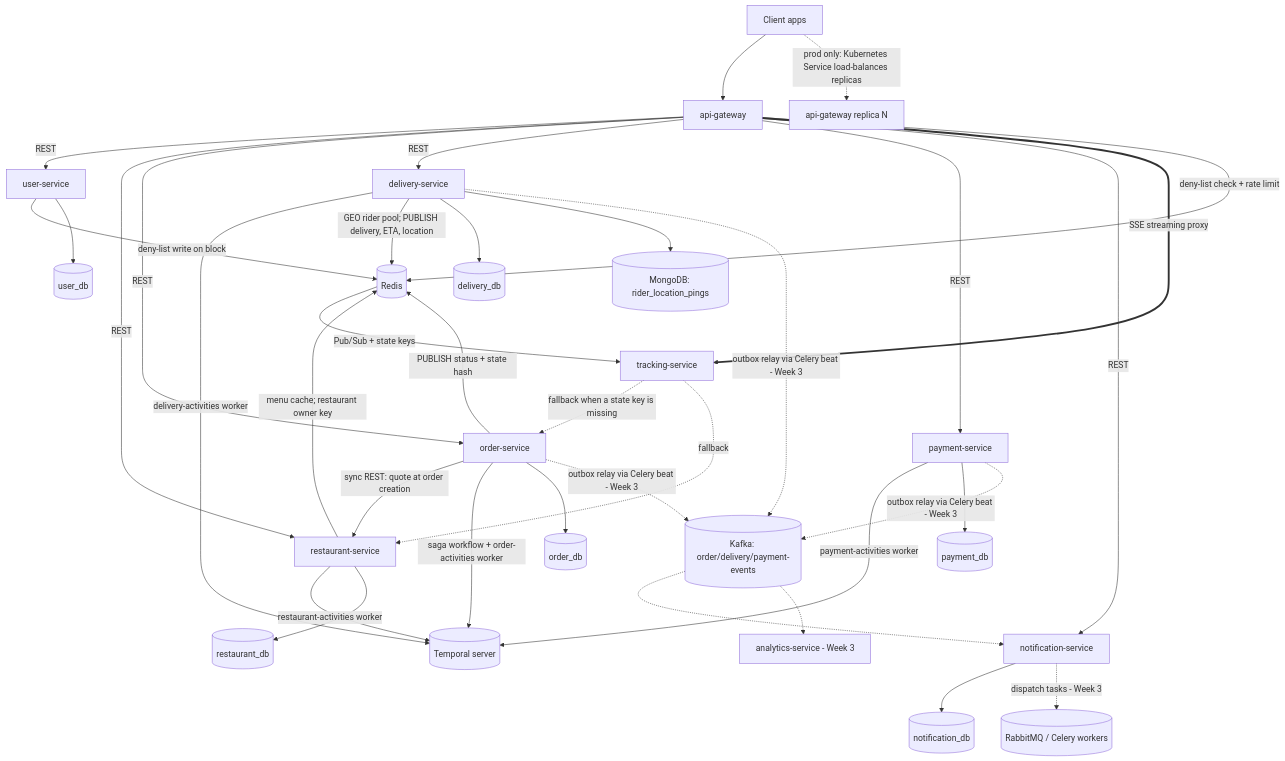
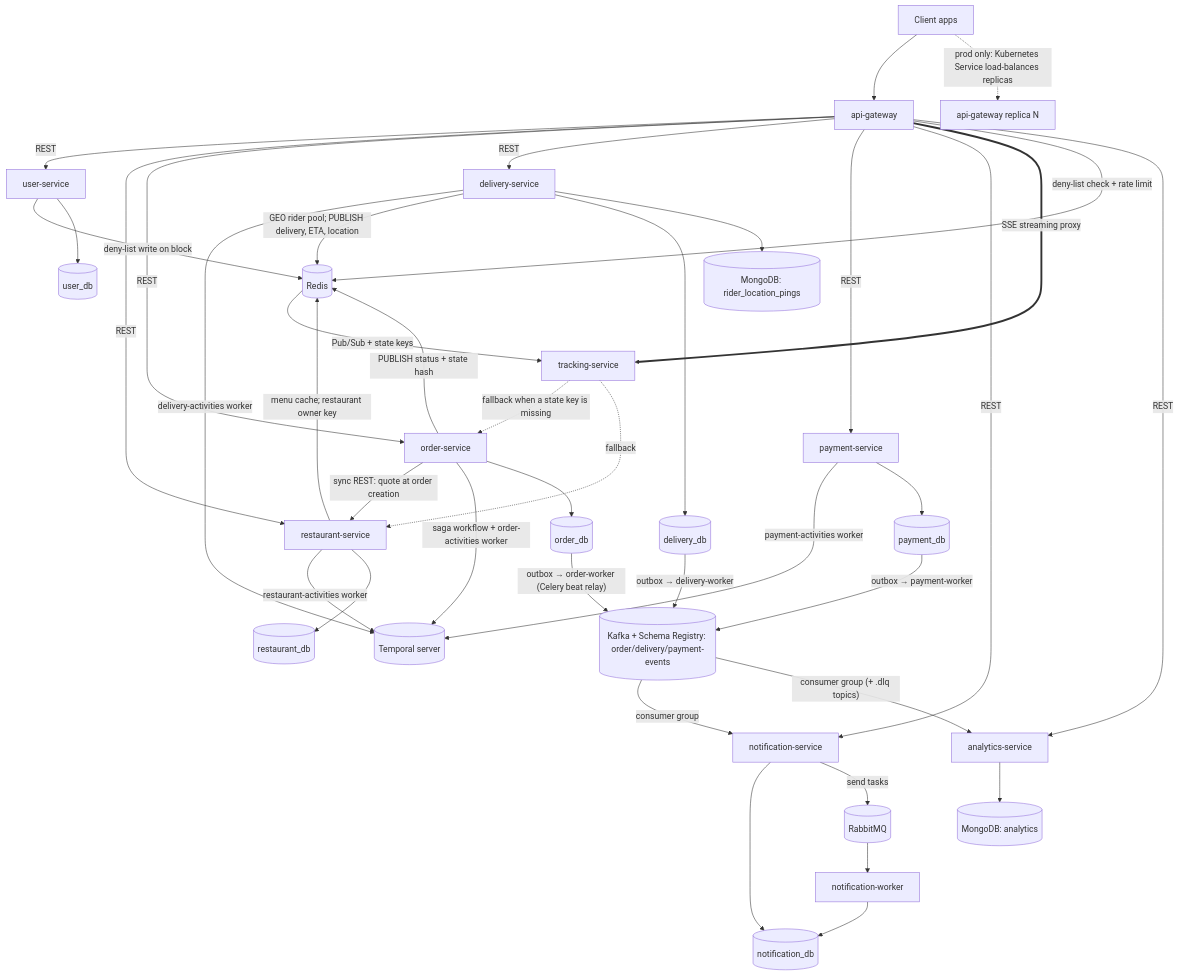
Before and after one commit to umer-emumba/smartfoodops-ms: the first of 27 diagrams in docs/diagrams.md, drawn with Mermaid. The commit also changed other lines of this file and 5 other files, not shown here.

````diff
--- a/docs/diagrams.md
+++ b/docs/diagrams.md
@@ -9,43 +9,48 @@
 ```mermaid
 graph TD
     Client[Client apps] --> GW1[api-gateway]
     Client -.->|"prod only: Kubernetes Service load-balances replicas"| GW2[api-gateway replica N]
 
     GW1 -->|REST| US[user-service]
     GW1 -->|REST| RS[restaurant-service]
     GW1 -->|REST| OS[order-service]
     GW1 -->|REST| DS[delivery-service]
     GW1 -->|REST| PS[payment-service]
     GW1 -->|REST| NS[notification-service]
     GW1 ==>|"SSE streaming proxy"| TS[tracking-service]
     GW1 -->|deny-list check + rate limit| Redis[(Redis)]
     US -->|deny-list write on block| Redis
     RS -->|"menu cache; restaurant owner key"| Redis
 
     OS -->|sync REST: quote at order creation| RS
     OS -->|"saga workflow + order-activities worker"| Temporal[(Temporal server)]
     RS -->|restaurant-activities worker| Temporal
     PS -->|payment-activities worker| Temporal
     DS -->|"delivery-activities worker"| Temporal
 
     OS -->|"PUBLISH status + state hash"| Redis
     DS -->|"GEO rider pool; PUBLISH delivery, ETA, location"| Redis
     Redis -->|"Pub/Sub + state keys"| TS
     TS -.->|"fallback when a state key is missing"| OS
     TS -.->|fallback| RS
 
     US --> UserDB[(user_db)]
     RS --> RestDB[(restaurant_db)]
     OS --> OrderDB[(order_db)]
     DS --> DeliveryDB[(delivery_db)]
     DS --> Mongo[(MongoDB: rider_location_pings)]
     PS --> PaymentDB[(payment_db)]
     NS --> NotifDB[(notification_db)]
 
-    OS -.->|outbox relay via Celery beat - Week 3| Kafka[(Kafka: order/delivery/payment-events)]
-    DS -.->|outbox relay via Celery beat - Week 3| Kafka
-    PS -.->|outbox relay via Celery beat - Week 3| Kafka
-    Kafka -.-> NS
-    Kafka -.-> AS[analytics-service - Week 3]
-    NS -.->|dispatch tasks - Week 3| Rabbit[(RabbitMQ / Celery workers)]
+    GW1 -->|REST| AS[analytics-service]
+
+    OrderDB -->|"outbox → order-worker (Celery beat relay)"| Kafka[(Kafka + Schema Registry: order/delivery/payment-events)]
+    DeliveryDB -->|"outbox → delivery-worker"| Kafka
+    PaymentDB -->|"outbox → payment-worker"| Kafka
+    Kafka -->|consumer group| NS
+    Kafka -->|"consumer group (+ .dlq topics)"| AS
+    AS --> AnalyticsDB[(MongoDB: analytics)]
+    NS -->|"send tasks"| Rabbit[(RabbitMQ)]
+    Rabbit --> NW[notification-worker]
+    NW --> NotifDB
 ```
````
